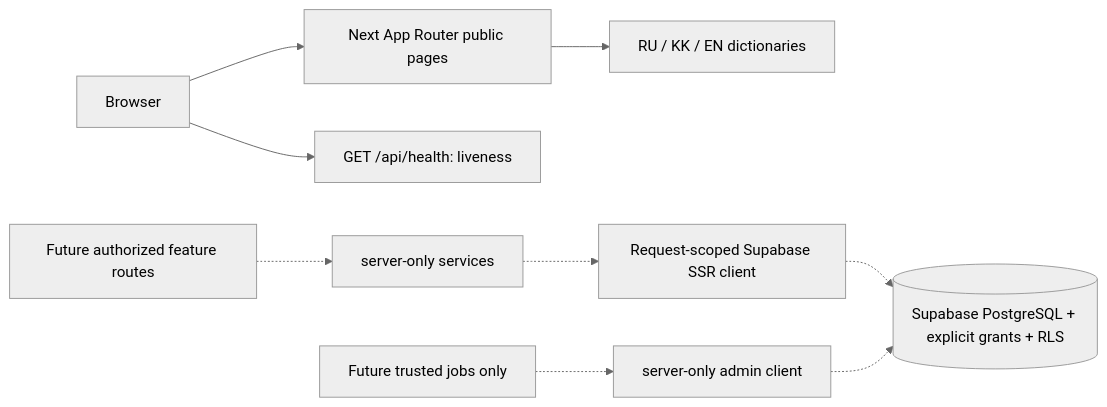
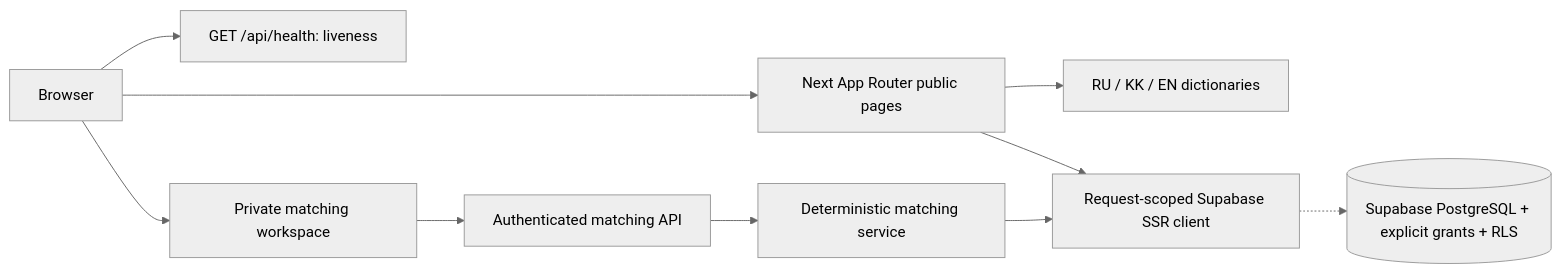
Before and after one commit to roadtoabroad346-commits/JETU: the diagram in docs/ARCHITECTURE.md, drawn with Mermaid (neutral theme). The commit also changed other lines of this file and 29 other files, not shown here.

````diff
--- a/docs/ARCHITECTURE.md
+++ b/docs/ARCHITECTURE.md
@@ -10,11 +11,12 @@
 ```mermaid
 flowchart LR
   Browser --> Pages[Next App Router public pages]
   Browser --> Health[GET /api/health: liveness]
   Pages --> Locale[RU / KK / EN dictionaries]
-  Future[Future authorized feature routes] -.-> Services[server-only services]
-  Services -.-> SSR[Request-scoped Supabase SSR client]
+  Browser --> Match[Private matching workspace]
+  Match --> API[Authenticated matching API]
+  API --> Services[Deterministic matching service]
+  Pages --> SSR[Request-scoped Supabase SSR client]
+  Services --> SSR
   SSR -.-> DB[(Supabase PostgreSQL + explicit grants + RLS)]
-  Admin[Future trusted jobs only] -.-> Privileged[server-only admin client]
-  Privileged -.-> DB
 ```
````
